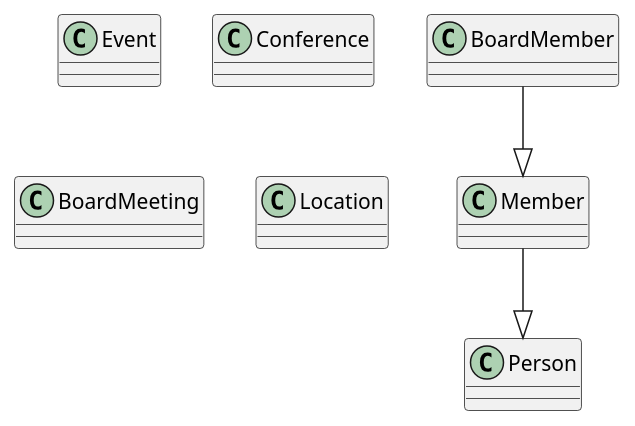
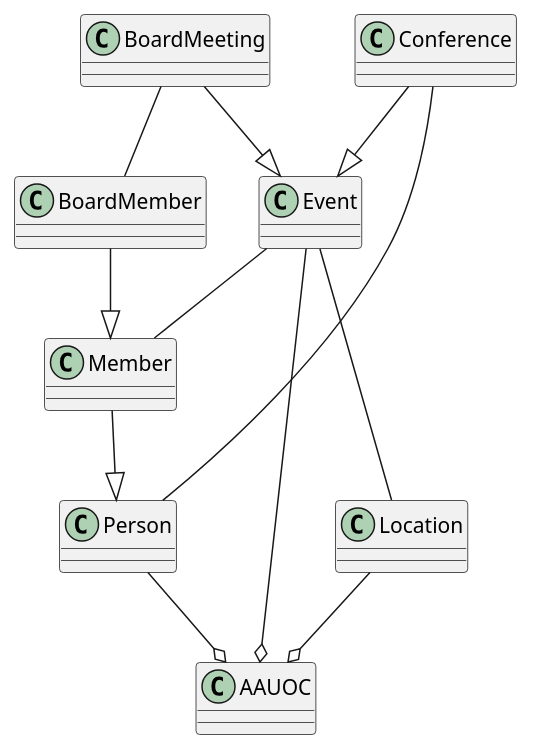
Before and after one commit to erentitan4512/UMLclases_CarlosArroyoGalan: the diagram in src/Test.puml, drawn with PlantUML.

Commit message:
fisrt commit

```diff
--- a/src/Test.puml
+++ b/src/Test.puml
@@ -1,20 +1,31 @@
 @startuml
 
 class Event{
 }
 class Conference{
 }
 class BoardMeeting{
 }
 class Member{
 }
 class BoardMember{
 }
 class Location{
 }
 class Person{
 }
+class AAUOC{
+}
 
-BoardMember --^Member
+Conference -- Person
+Conference --^Event
+BoardMeeting --^Event
+BoardMeeting -- BoardMember
+BoardMember --^ Member
+Event -- Location
+Event -- Member
 Member --^ Person
+Person --o AAUOC
+Location --o AAUOC
+Event --o AAUOC
 @enduml
```
